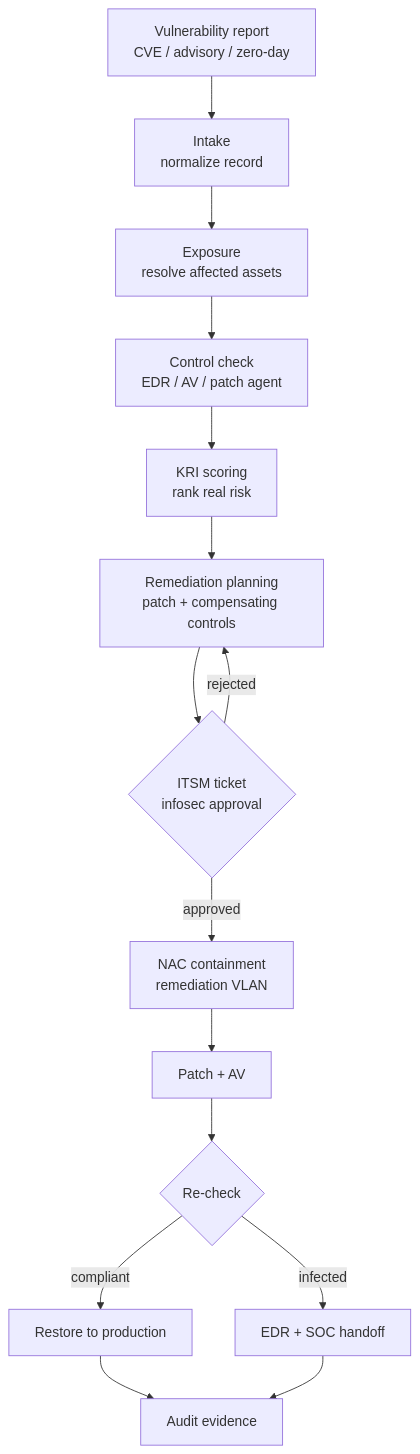
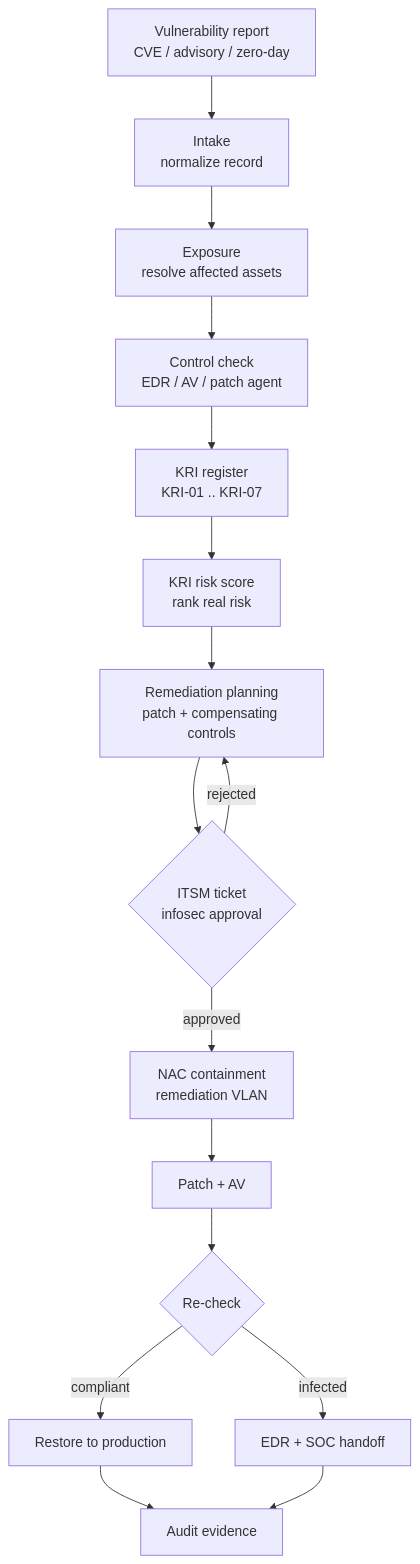
Before and after one commit to sword0x00/SecOps-Autopilot: the diagram in playbooks/vuln-to-verified-fix.md, drawn with Mermaid. The commit also changed other lines of this file and 27 other files, not shown here.

First line of the commit message:
Add KRI-01..07 register and detection playbook

````diff
--- a/playbooks/vuln-to-verified-fix.md
+++ b/playbooks/vuln-to-verified-fix.md
@@ -7,17 +7,18 @@
 ```mermaid
 flowchart TD
     A[Vulnerability report<br/>CVE / advisory / zero-day] --> B[Intake<br/>normalize record]
     B --> C[Exposure<br/>resolve affected assets]
     C --> D[Control check<br/>EDR / AV / patch agent]
-    D --> E[KRI scoring<br/>rank real risk]
-    E --> F[Remediation planning<br/>patch + compensating controls]
+    D --> E[KRI register<br/>KRI-01 .. KRI-07]
+    E --> E2[KRI risk score<br/>rank real risk]
+    E2 --> F[Remediation planning<br/>patch + compensating controls]
     F --> G{ITSM ticket<br/>infosec approval}
     G -->|approved| H[NAC containment<br/>remediation VLAN]
     G -->|rejected| F
     H --> I[Patch + AV]
     I --> J{Re-check}
     J -->|compliant| K[Restore to production]
     J -->|infected| L[EDR + SOC handoff]
     K --> M[Audit evidence]
     L --> M
 ```
````
